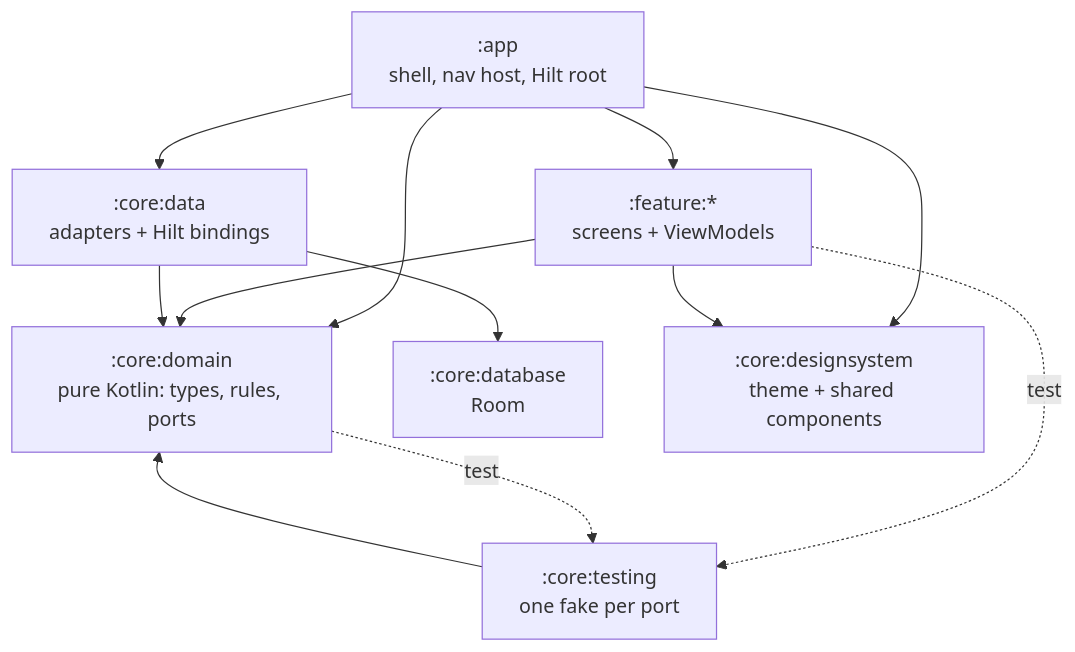
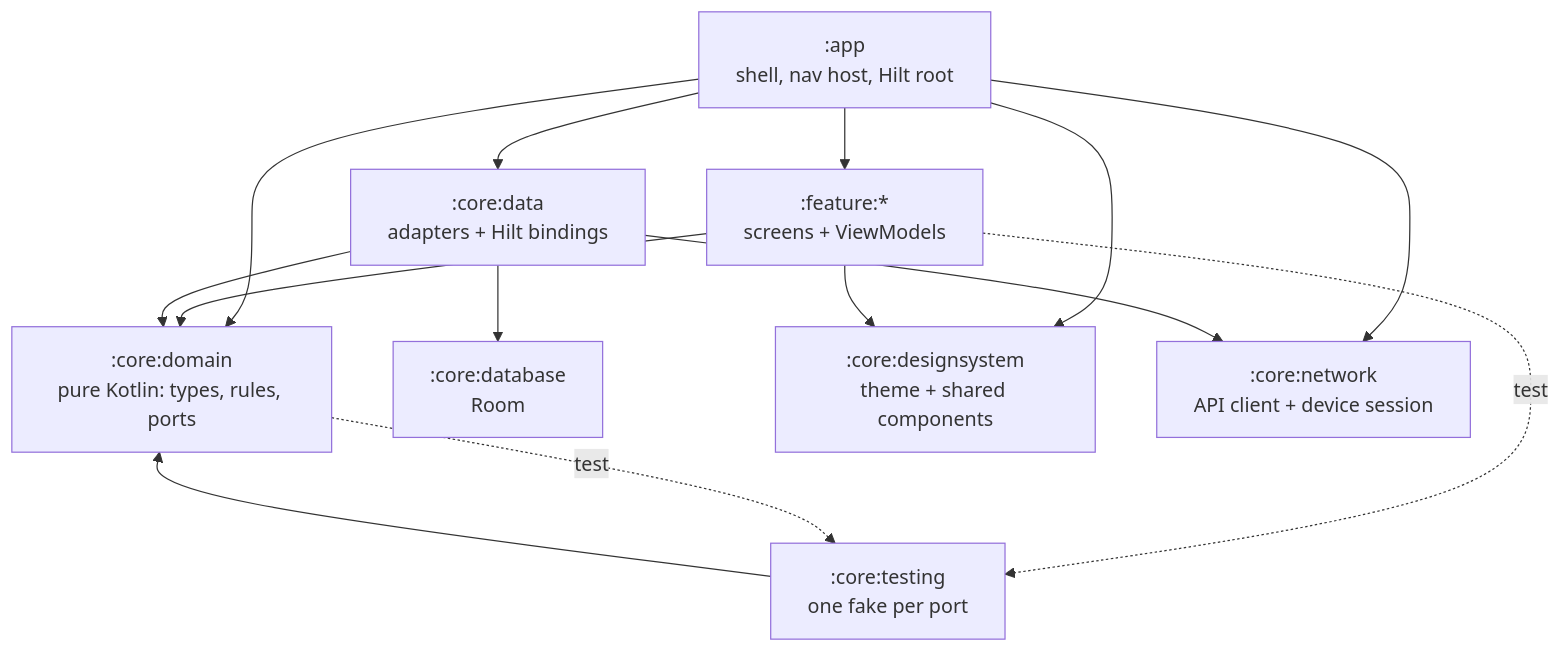
One commit to shibilyt/awrad changed the diagram in awrad-android-next/ARCHITECTURE.md. Above: the diagram before and after it, drawn with Mermaid. The commit also changed other lines of this file and 61 other files, not shown here.

````diff
--- a/awrad-android-next/ARCHITECTURE.md
+++ b/awrad-android-next/ARCHITECTURE.md
@@ -19,17 +19,18 @@
 ```mermaid
 flowchart TD
   app[":app<br/>shell, nav host, Hilt root"]
   feat[":feature:*<br/>screens + ViewModels"]
   domain[":core:domain<br/>pure Kotlin: types, rules, ports"]
   data[":core:data<br/>adapters + Hilt bindings"]
   db[":core:database<br/>Room"]
   ds[":core:designsystem<br/>theme + shared components"]
+  net[":core:network<br/>API client + device session"]
   testing[":core:testing<br/>one fake per port"]
 
-  app --> feat & data & ds & domain
+  app --> feat & data & ds & domain & net
   feat --> domain & ds
-  data --> domain & db
+  data --> domain & db & net
   testing --> domain
   feat -. test .-> testing
   domain -. test .-> testing
 ```
````
